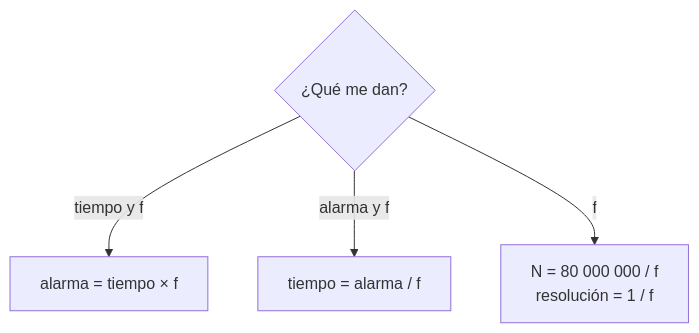
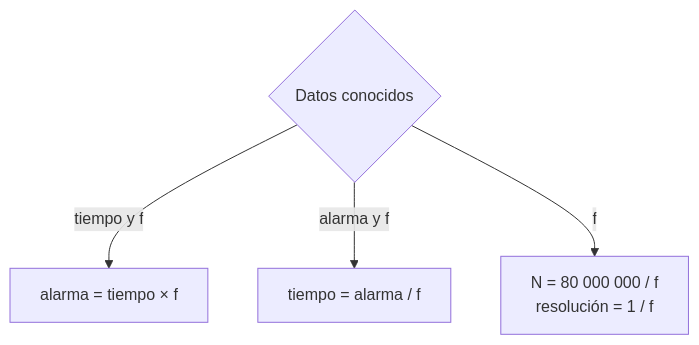
Before and after one commit to AlejandroTatum/sistemas-digitales-unl: the fourth of 7 diagrams in unidad-1/apuntes/05-temporizadores.md, drawn with Mermaid. The commit also changed other lines of this file and 16 other files, not shown here.

````diff
--- a/unidad-1/apuntes/05-temporizadores.md
+++ b/unidad-1/apuntes/05-temporizadores.md
@@ -99,7 +92,7 @@
 ```mermaid
 flowchart TD
-    Q{"¿Qué me dan?"}
+    Q{"Datos conocidos"}
     Q -->|"tiempo y f"| A["alarma = tiempo × f"]
     Q -->|"alarma y f"| T["tiempo = alarma / f"]
     Q -->|"f"| N["N = 80 000 000 / f<br/>resolución = 1 / f"]
 ```
````
